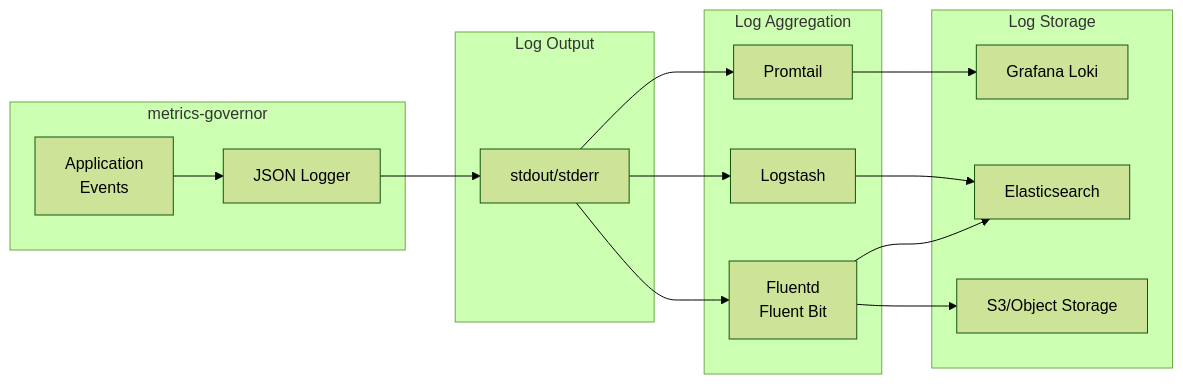
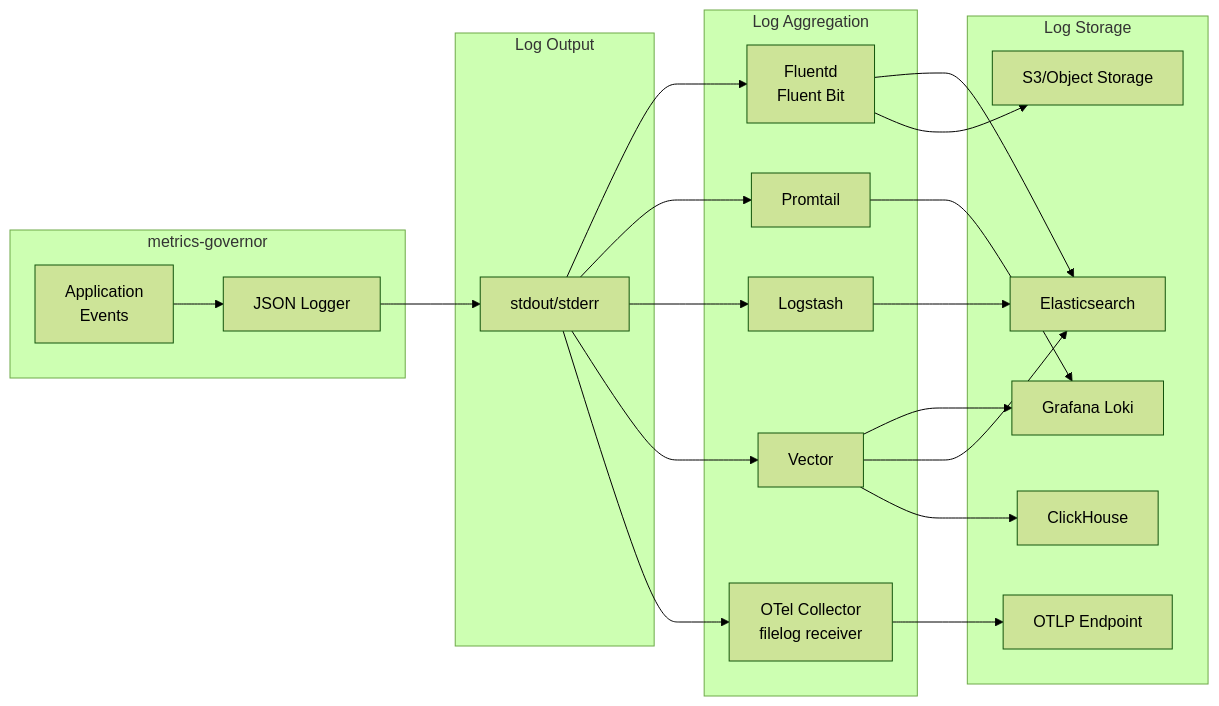
One commit to szibis/metrics-governor changed the first of 2 diagrams in docs/logging.md. Above: the diagram before and after it, drawn with Mermaid (forest theme). The commit also changed other lines of this file and 32 other files, not shown here.

````diff
--- a/docs/logging.md
+++ b/docs/logging.md
@@ -7,34 +7,44 @@
 ```mermaid
 flowchart LR
     subgraph MG["metrics-governor"]
         Events[Application<br/>Events]
         Logger[JSON Logger]
     end
 
     subgraph Output["Log Output"]
         Stdout[stdout/stderr]
     end
 
     subgraph Aggregation["Log Aggregation"]
         Fluent[Fluentd<br/>Fluent Bit]
         Promtail[Promtail]
         Logstash[Logstash]
+        Vector[Vector]
+        OTelCol[OTel Collector<br/>filelog receiver]
     end
 
     subgraph Storage["Log Storage"]
         Loki[Grafana Loki]
         ES[Elasticsearch]
         S3[S3/Object Storage]
+        CH[ClickHouse]
+        OTLP[OTLP Endpoint]
     end
 
     Events --> Logger
     Logger --> Stdout
     Stdout --> Fluent
     Stdout --> Promtail
     Stdout --> Logstash
+    Stdout --> Vector
+    Stdout --> OTelCol
 
     Fluent --> ES
     Fluent --> S3
     Promtail --> Loki
     Logstash --> ES
+    Vector --> Loki
+    Vector --> ES
+    Vector --> CH
+    OTelCol --> OTLP
 ```
````
